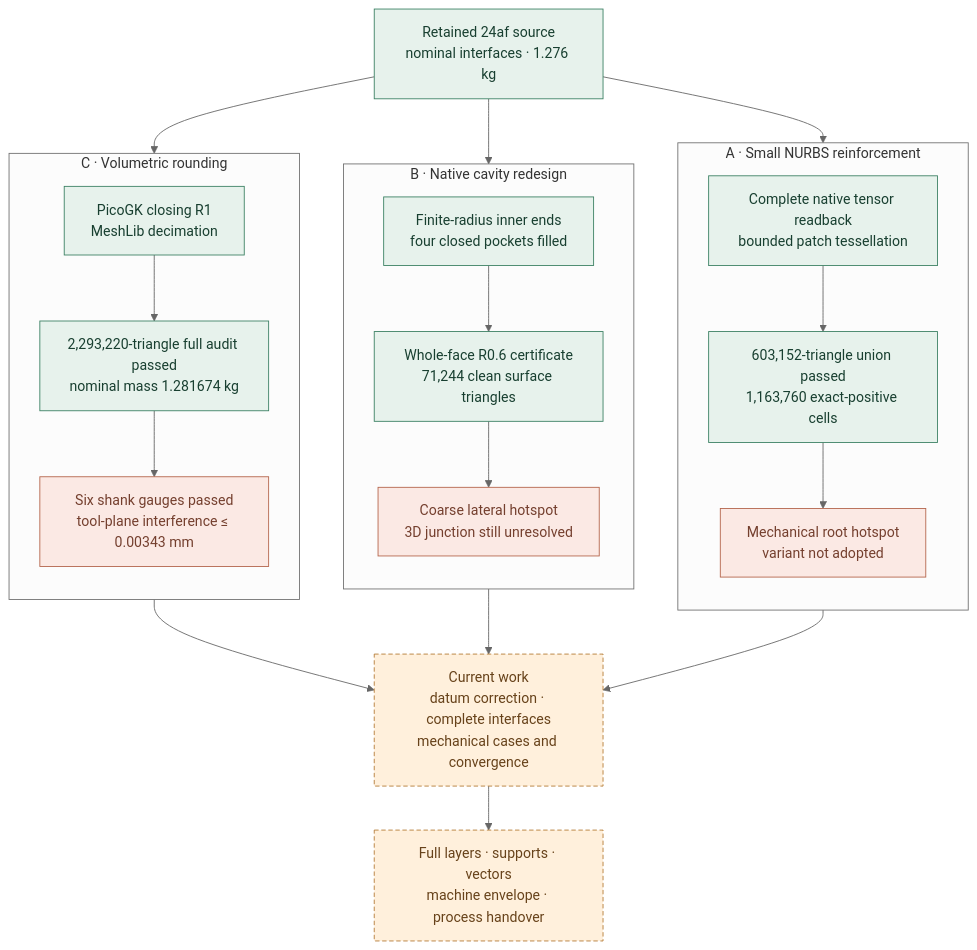
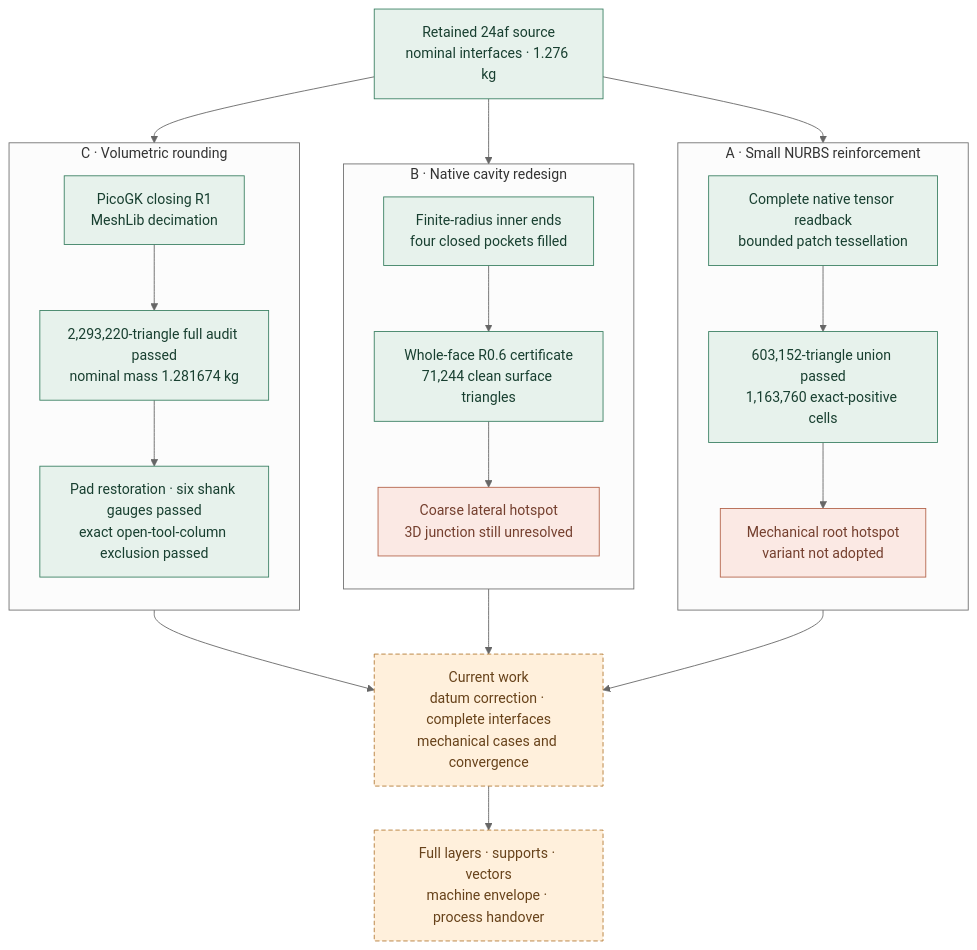
Before and after one commit to cluster2600/porscheparts: the diagram in docs/reports/carrier-resume-20261020/README.md, drawn with Mermaid (neutral theme). The commit also changed other lines of this file and 49 other files, not shown here.

Commit message:
Certify restored PicoGK pad surface and exact tool-column exclusion

````diff
--- a/docs/reports/carrier-resume-20261020/README.md
+++ b/docs/reports/carrier-resume-20261020/README.md
@@ -59,38 +60,38 @@
 ```mermaid
 flowchart TB
     S["Retained 24af source<br/>nominal interfaces · 1.276 kg"]
     subgraph A["A · Small NURBS reinforcement"]
         direction TB
         A1["Complete native tensor readback<br/>bounded patch tessellation"]
         A2["603,152-triangle union passed<br/>1,163,760 exact-positive cells"]
         A3["Mechanical root hotspot<br/>variant not adopted"]
         A1 --> A2 --> A3
     end
     subgraph B["B · Native cavity redesign"]
         direction TB
         B1["Finite-radius inner ends<br/>four closed pockets filled"]
         B2["Whole-face R0.6 certificate<br/>71,244 clean surface triangles"]
         B3["Coarse lateral hotspot<br/>3D junction still unresolved"]
         B1 --> B2 --> B3
     end
     subgraph C["C · Volumetric rounding"]
         direction TB
         C1["PicoGK closing R1<br/>MeshLib decimation"]
         C2["2,293,220-triangle full audit passed<br/>nominal mass 1.281674 kg"]
-        C3["Six shank gauges passed<br/>tool-plane interference ≤ 0.00343 mm"]
+        C3["Pad restoration · six shank gauges passed<br/>exact open-tool-column exclusion passed"]
         C1 --> C2 --> C3
     end
     S --> A1
     S --> B1
     S --> C1
     A3 --> D["Current work<br/>datum correction · complete interfaces<br/>mechanical cases and convergence"]
     B3 --> D
     C3 --> D
     D --> P["Full layers · supports · vectors<br/>machine envelope · process handover"]
     classDef passed fill:#e7f2ec,stroke:#3b8063,color:#183f30;
     classDef refused fill:#fbe9e4,stroke:#b4644b,color:#743f2e;
     classDef next fill:#fff0dc,stroke:#b47a35,color:#67421a,stroke-dasharray:5 3;
-    class S,A1,A2,B1,B2,C1,C2 passed;
-    class A3,B3,C3 refused;
+    class S,A1,A2,B1,B2,C1,C2,C3 passed;
+    class A3,B3 refused;
     class D,P next;
 ```
````
